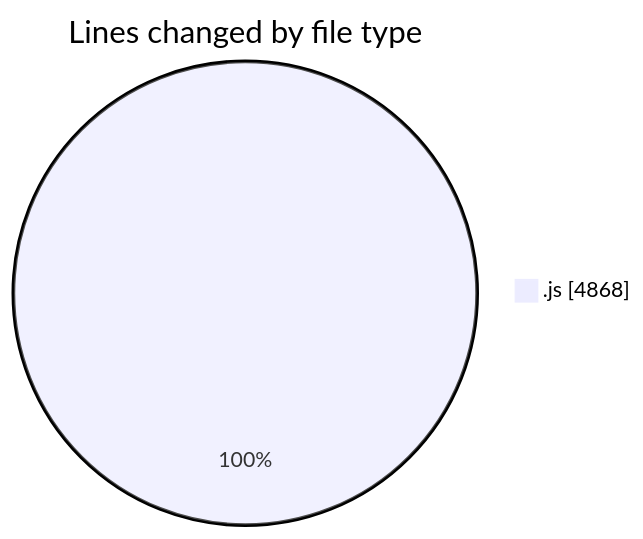
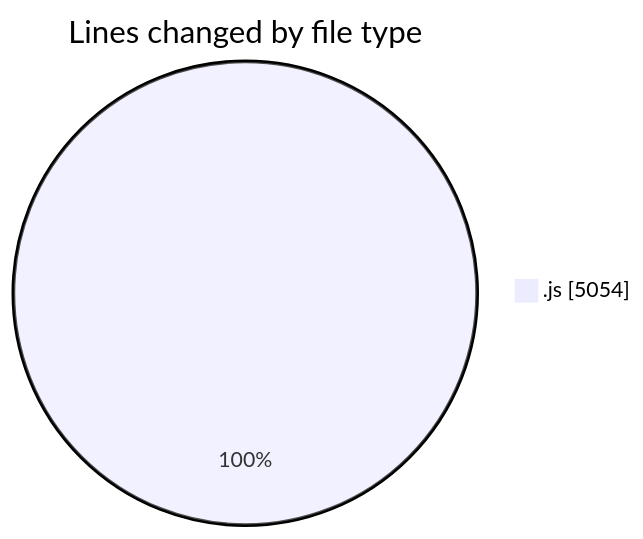
One commit to nxtqubesakshisongat/code-tracking changed the first of 2 diagrams in 2025-10-15/nxtqube_webapp/README.md. Above: the diagram before and after it, drawn with Mermaid. The commit also changed other lines of this file and 1 other file, not shown here.

````diff
--- a/2025-10-15/nxtqube_webapp/README.md
+++ b/2025-10-15/nxtqube_webapp/README.md
@@ -21,5 +21,5 @@
 ```mermaid
 pie showData
 title Lines changed by file type
-".js" : 4868
+".js" : 5054
 ```
````
